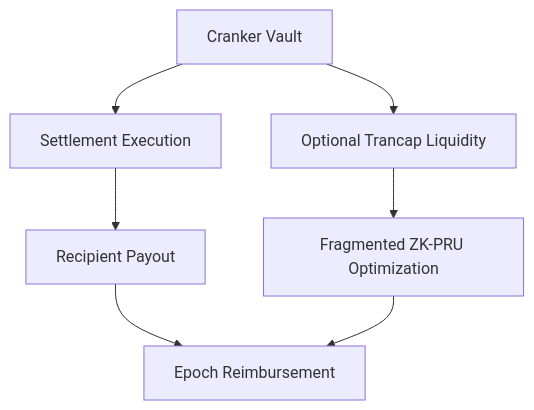
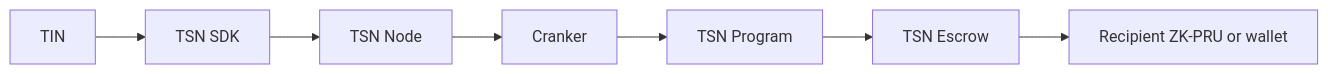
The diagram in README.md (Trustlink-Labs/TSN-Protocol), drawn with Mermaid before and after one commit. The commit also changed other lines of this file, not shown here.

Commit message:
docs: reset canonical TSN architecture

````diff
--- a/README.md
+++ b/README.md
@@ -224,9 +11,9 @@
 ```mermaid
-flowchart TD
-    A[Cranker Vault] --> B[Settlement Execution]
-    A --> C[Optional Trancap Liquidity]
-    B --> D[Recipient Payout]
-    C --> E[Fragmented ZK-PRU Optimization]
-    D --> F[Epoch Reimbursement]
-    E --> F
+flowchart LR
+    T[TIN] --> S[TSN SDK]
+    S --> N[TSN Node]
+    N --> C[Cranker]
+    C --> P[TSN Program]
+    P --> E[TSN Escrow]
+    E --> R[Recipient ZK-PRU or wallet]
 ```
````
